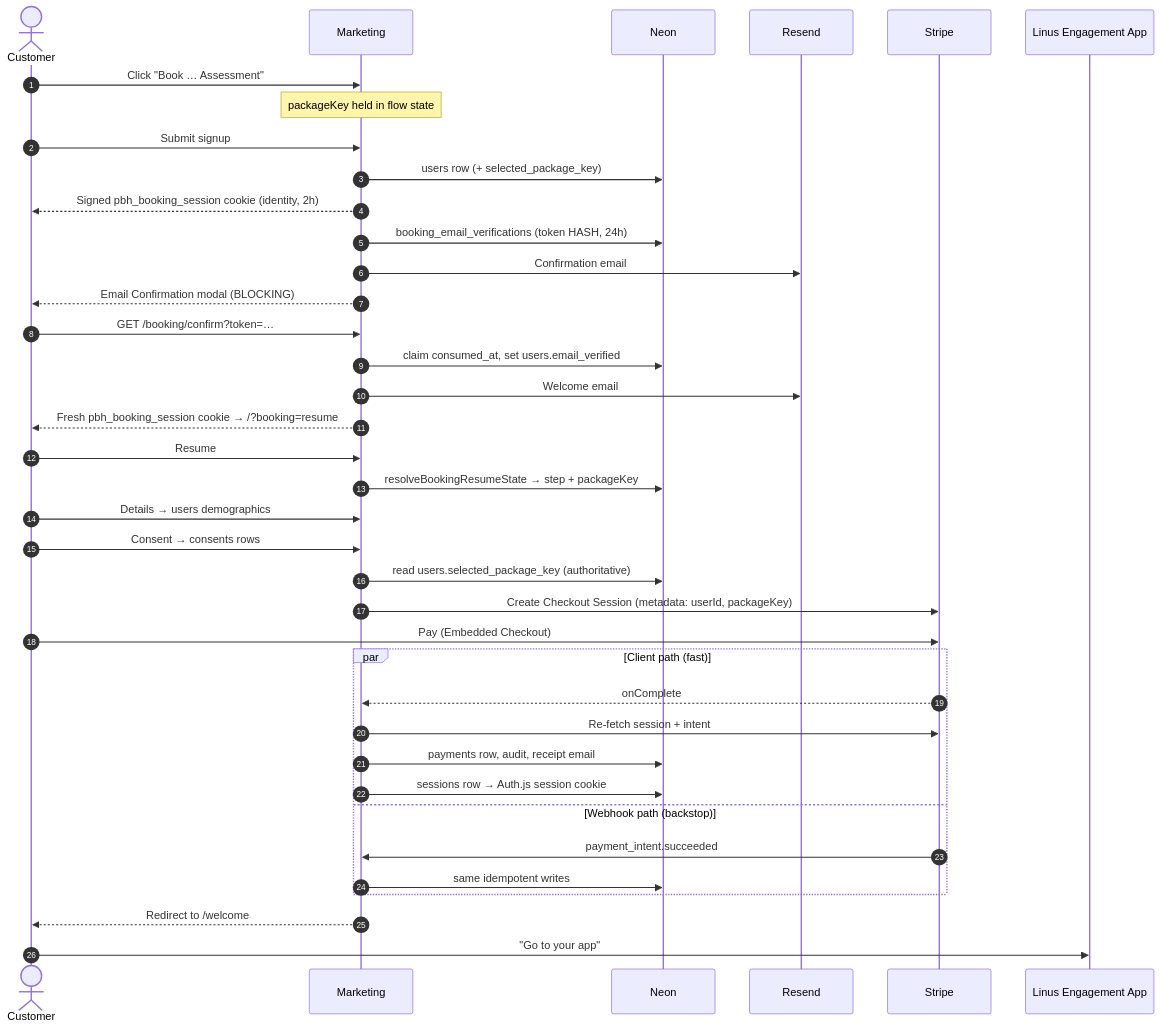
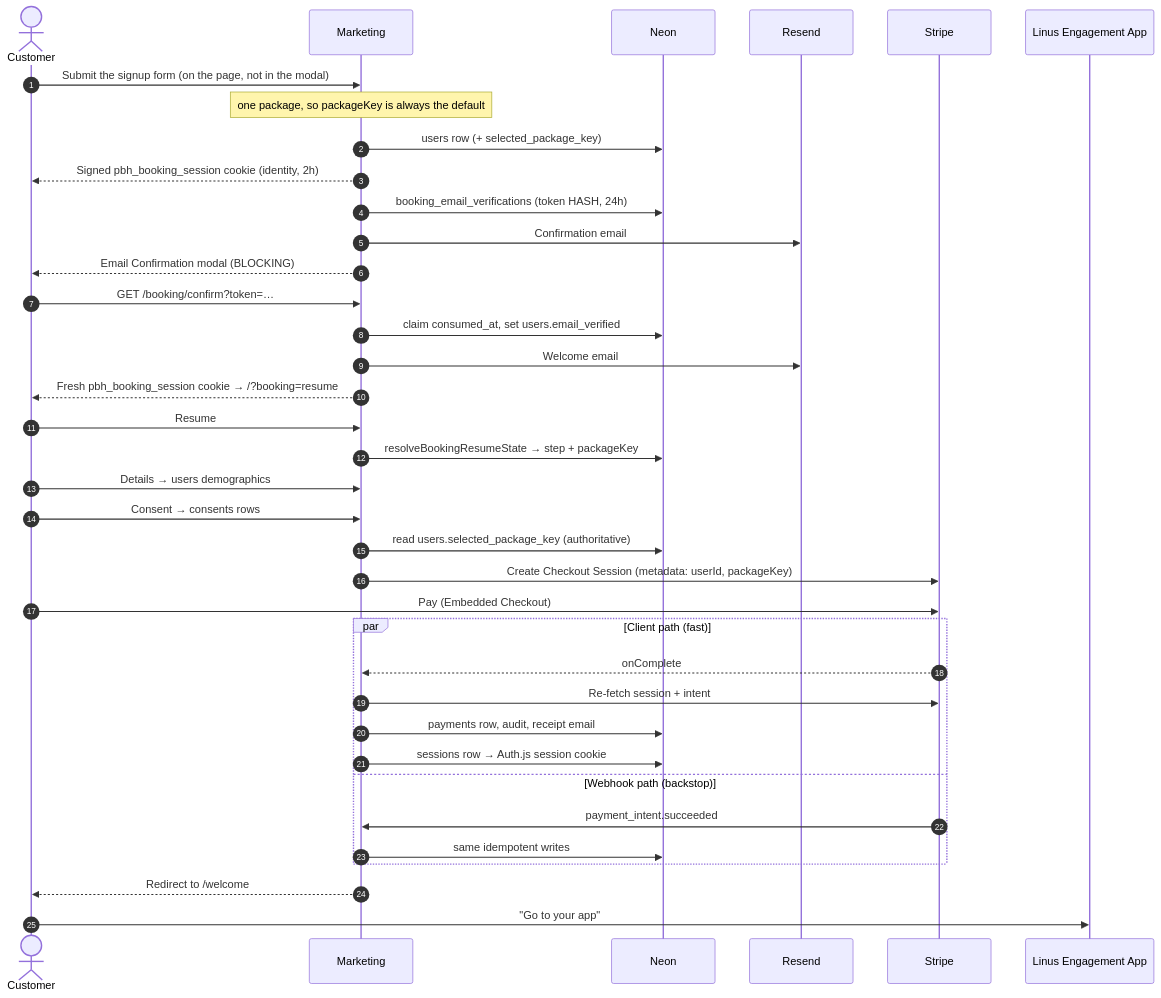
The first of 2 diagrams in docs/booking-flow.md (dbates-commits/primary-brain-health), drawn with Mermaid before and after one commit. The commit also changed other lines of this file and 31 other files, not shown here.

````diff
--- a/docs/booking-flow.md
+++ b/docs/booking-flow.md
@@ -44,46 +44,45 @@
 ```mermaid
 sequenceDiagram
     autonumber
     actor C as Customer
     participant M as Marketing
     participant DB as Neon
     participant R as Resend
     participant S as Stripe
     participant E as Linus Engagement App
 
-    C->>M: Click "Book … Assessment"
-    Note over M: packageKey held in flow state
-    C->>M: Submit signup
+    C->>M: Submit the signup form (on the page, not in the modal)
+    Note over M: one package, so packageKey is always the default
     M->>DB: users row (+ selected_package_key)
     M-->>C: Signed pbh_booking_session cookie (identity, 2h)
     M->>DB: booking_email_verifications (token HASH, 24h)
     M->>R: Confirmation email
     M-->>C: Email Confirmation modal (BLOCKING)
 
     C->>M: GET /booking/confirm?token=…
     M->>DB: claim consumed_at, set users.email_verified
     M->>R: Welcome email
     M-->>C: Fresh pbh_booking_session cookie → /?booking=resume
 
     C->>M: Resume
     M->>DB: resolveBookingResumeState → step + packageKey
     C->>M: Details → users demographics
     C->>M: Consent → consents rows
 
     M->>DB: read users.selected_package_key (authoritative)
     M->>S: Create Checkout Session (metadata: userId, packageKey)
     C->>S: Pay (Embedded Checkout)
 
     par Client path (fast)
         S-->>M: onComplete
         M->>S: Re-fetch session + intent
         M->>DB: payments row, audit, receipt email
         M->>DB: sessions row → Auth.js session cookie
     and Webhook path (backstop)
         S->>M: payment_intent.succeeded
         M->>DB: same idempotent writes
     end
 
     M-->>C: Redirect to /welcome
     C->>E: "Go to your app"
 ```
````
